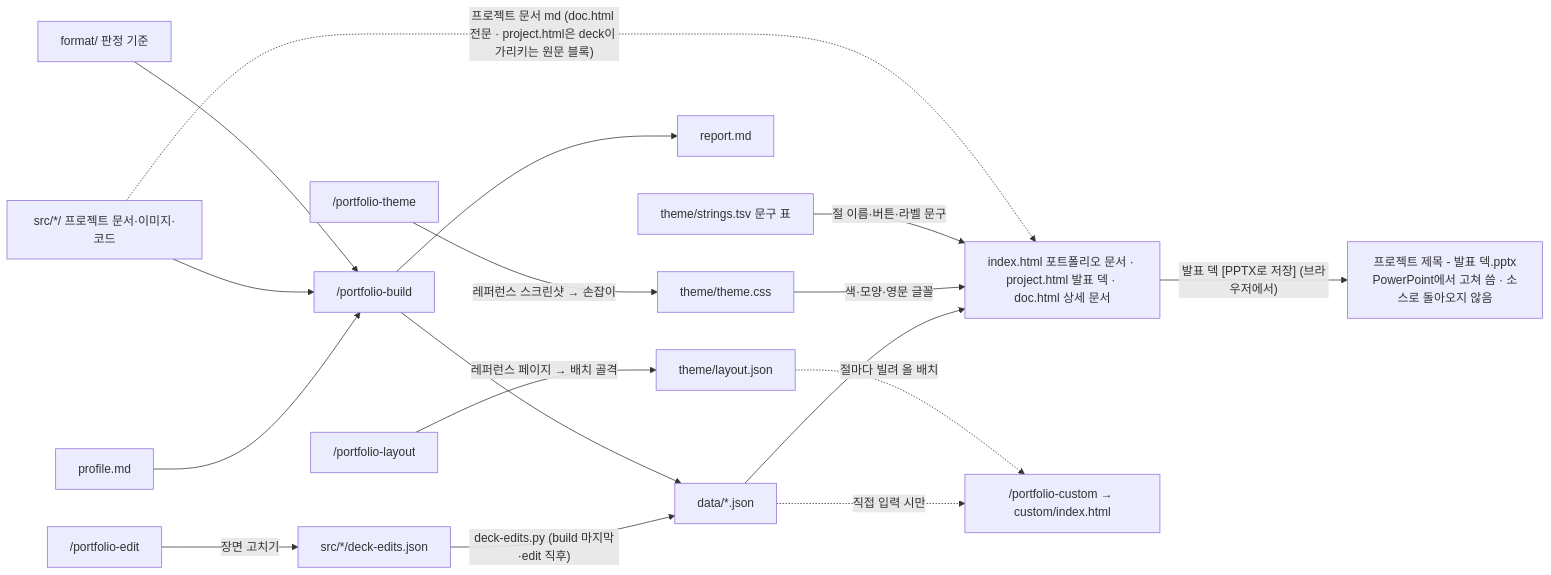
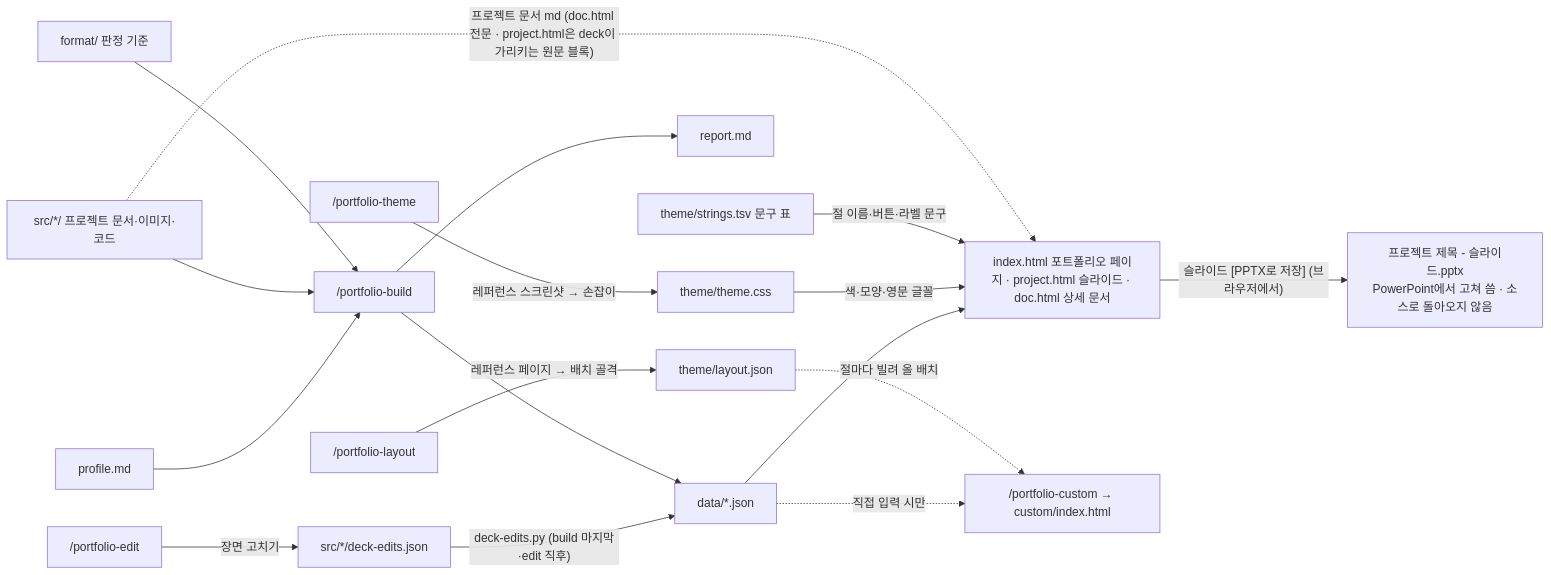
Before and after one commit to Gryphon34/portfolio-template: the diagram in CLAUDE.md, drawn with Mermaid. The commit also changed other lines of this file and 61 other files, not shown here.

First line of the commit message:
이름: '포트폴리오 문서'를 '포트폴리오 페이지'로, '발표 덱'을 '슬라이드'로

````diff
--- a/CLAUDE.md
+++ b/CLAUDE.md
@@ -43,19 +46,19 @@
 ```mermaid
 flowchart LR
     P["profile.md"] --> B["/portfolio-build"]
     S["src/*/ 프로젝트 문서·이미지·코드"] --> B
     F["format/ 판정 기준"] --> B
     E["/portfolio-edit"] -->|"장면 고치기"| X["src/*/deck-edits.json"]
     X -->|"deck-edits.py (build 마지막·edit 직후)"| D
     B --> D["data/*.json"]
     B --> R["report.md"]
-    D --> I["index.html 포트폴리오 문서 · project.html 발표 덱 · doc.html 상세 문서"]
+    D --> I["index.html 포트폴리오 페이지 · project.html 슬라이드 · doc.html 상세 문서"]
     T["/portfolio-theme"] -->|"레퍼런스 스크린샷 → 손잡이"| TC["theme/theme.css"]
     TC -->|"색·모양·영문 글꼴"| I
     SR["theme/strings.tsv 문구 표"] -->|"절 이름·버튼·라벨 문구"| I
     S -.->|"프로젝트 문서 md (doc.html 전문 · project.html은 deck이 가리키는 원문 블록)"| I
     D -.->|"직접 입력 시만"| C["/portfolio-custom → custom/index.html"]
     LY["/portfolio-layout"] -->|"레퍼런스 페이지 → 배치 골격"| LJ["theme/layout.json"]
     LJ -.->|"절마다 빌려 올 배치"| C
-    I -->|"발표 덱 [PPTX로 저장] (브라우저에서)"| PX["프로젝트 제목 - 발표 덱.pptx<br/>PowerPoint에서 고쳐 씀 · 소스로 돌아오지 않음"]
+    I -->|"슬라이드 [PPTX로 저장] (브라우저에서)"| PX["프로젝트 제목 - 슬라이드.pptx<br/>PowerPoint에서 고쳐 씀 · 소스로 돌아오지 않음"]
 ```
````
